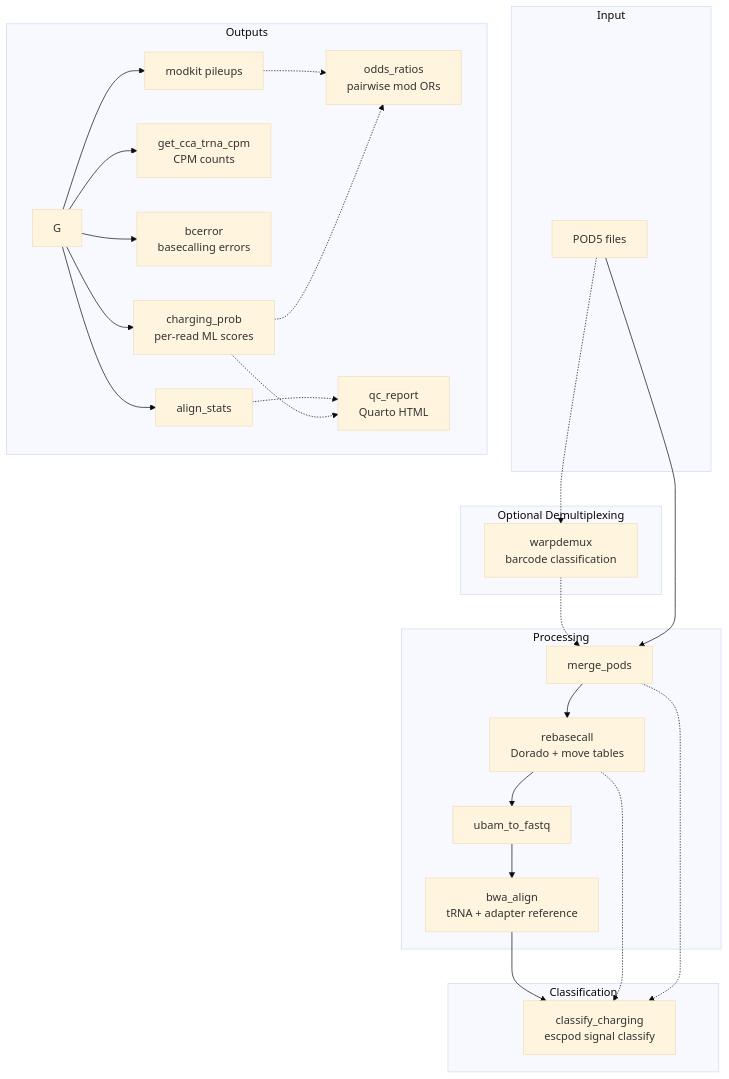
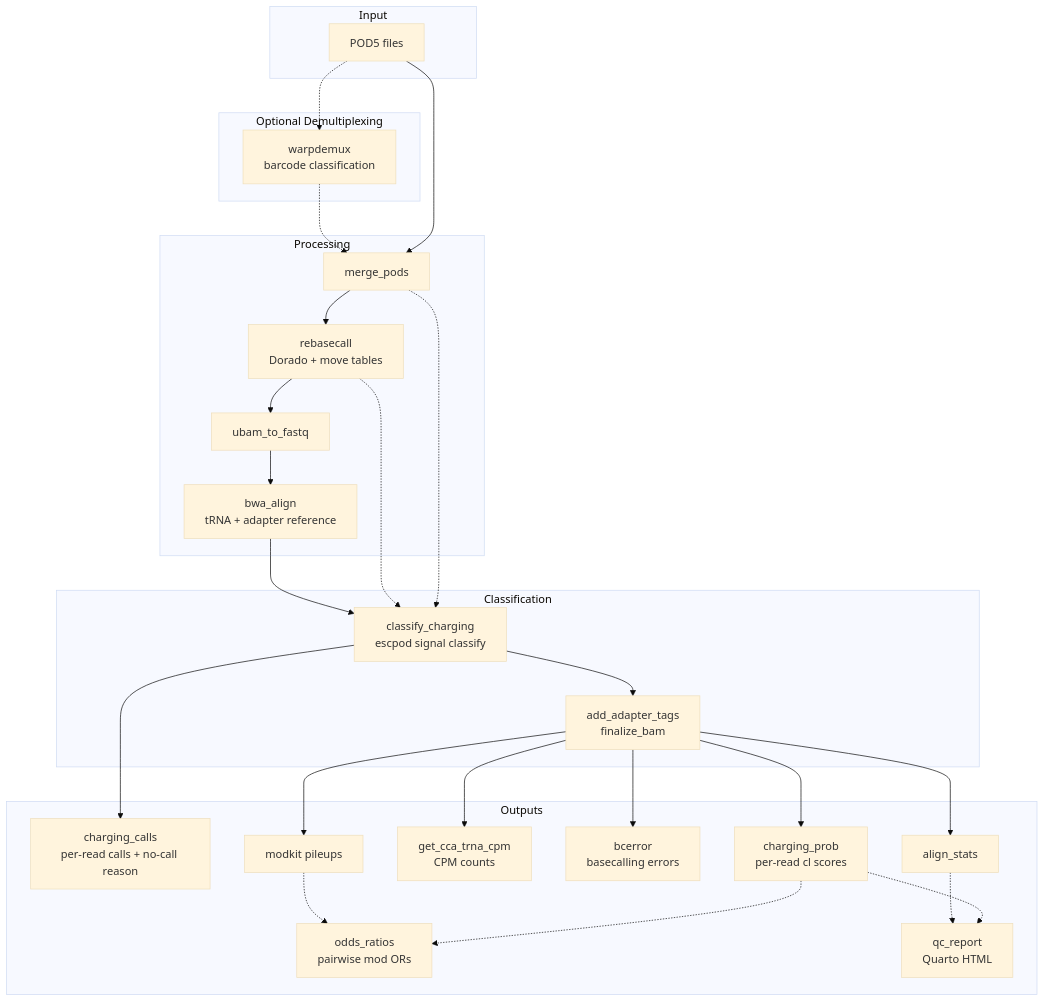
One commit to rnabioco/aa-tRNA-seq-pipeline changed the diagram in README.md. Above: the diagram before and after it, drawn with Mermaid (base theme). The commit also changed 4 other files, not shown here.

Commit message:
docs: reconnect the mermaid diagrams orphaned by the transfer_bam_tags removal (#118)

````diff
--- a/README.md
+++ b/README.md
@@ -96,38 +96,40 @@
 ```mermaid
 flowchart TD
     subgraph Input
         POD5[POD5 files]
     end
 
     subgraph Demux [Optional Demultiplexing]
         W[warpdemux<br/>barcode classification]
     end
 
     subgraph Processing
         A[merge_pods] --> B[rebasecall<br/>Dorado + move tables]
         B --> C[ubam_to_fastq]
         C --> D[bwa_align<br/>tRNA + adapter reference]
     end
 
     subgraph Classification
         D --> F[classify_charging<br/>escpod signal classify]
         B -.-> F
         A -.-> F
+        F --> G[add_adapter_tags<br/>finalize_bam]
     end
 
     subgraph Outputs
-        G --> H[charging_prob<br/>per-read ML scores]
+        F --> CC[charging_calls<br/>per-read calls + no-call reason]
+        G --> H[charging_prob<br/>per-read cl scores]
         G --> I[get_cca_trna_cpm<br/>CPM counts]
         G --> J[bcerror<br/>basecalling errors]
         G --> K[align_stats]
         G --> L[modkit pileups]
         L -.-> M[odds_ratios<br/>pairwise mod ORs]
         H -.-> M
         K -.-> N[qc_report<br/>Quarto HTML]
         H -.-> N
     end
 
     POD5 -.-> W
     W -.-> A
     POD5 --> A
 ```
````
